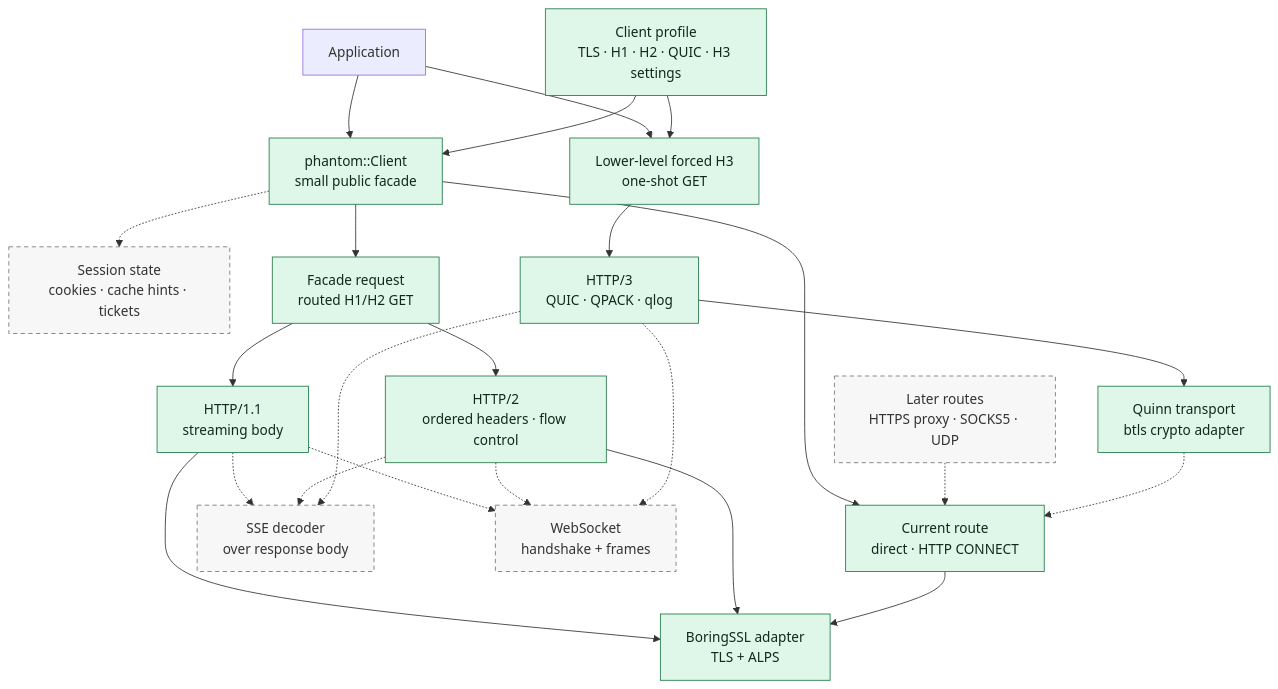
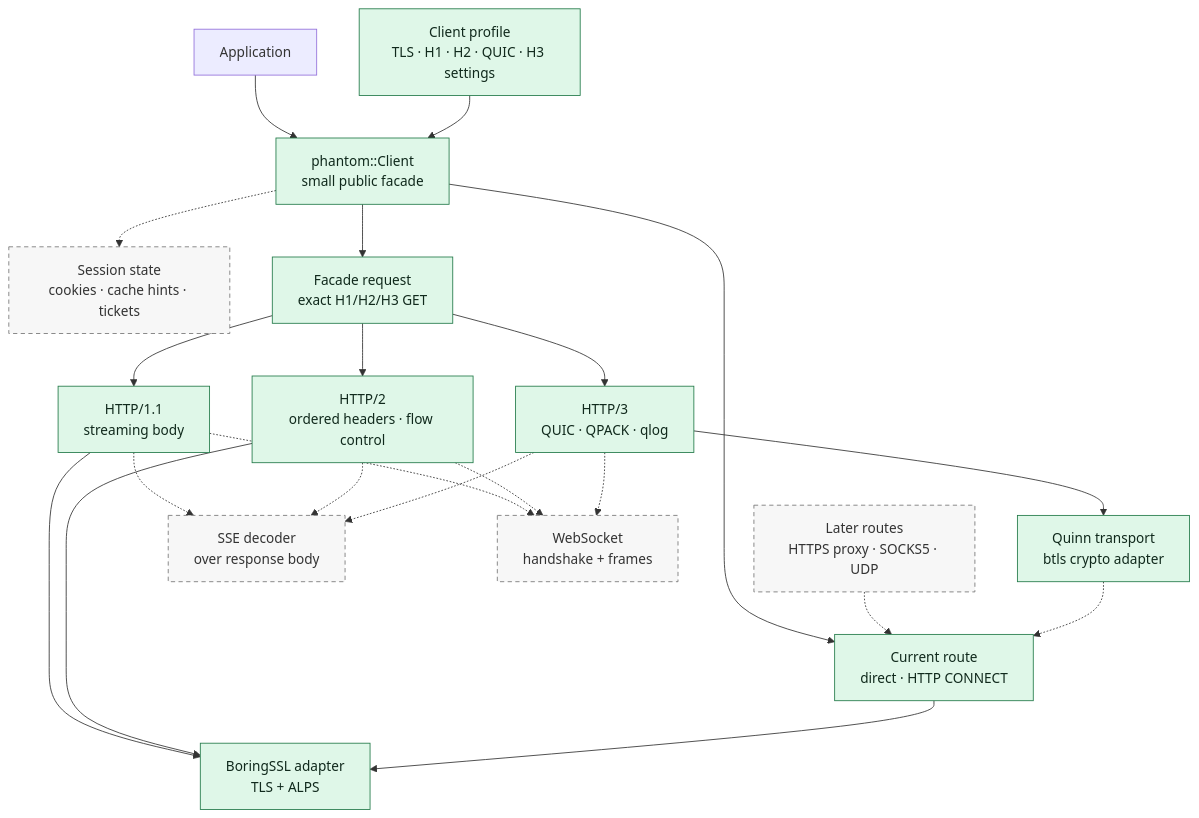
One commit to bywayhq/phantom changed the first of 4 diagrams in docs/architecture.md. Above: the diagram before and after it, drawn with Mermaid. The commit also changed other lines of this file and 29 other files, not shown here.

Commit message:
feat(client): expose exact HTTP/3 facade

````diff
--- a/docs/architecture.md
+++ b/docs/architecture.md
@@ -22,47 +22,44 @@
 ```mermaid
 flowchart TB
     User[Application]
     Client["phantom::Client<br/>small public facade"]
     Session["Session state<br/>cookies · cache hints · tickets"]
     Profile["Client profile<br/>TLS · H1 · H2 · QUIC · H3 settings"]
     Route["Current route<br/>direct · HTTP CONNECT"]
     FutureRoute["Later routes<br/>HTTPS proxy · SOCKS5 · UDP"]
-    FacadeRequest["Facade request<br/>routed H1/H2 GET"]
-    DirectH3["Lower-level forced H3<br/>one-shot GET"]
+    FacadeRequest["Facade request<br/>exact H1/H2/H3 GET"]
 
     H1["HTTP/1.1<br/>streaming body"]
     H2["HTTP/2<br/>ordered headers · flow control"]
     H3["HTTP/3<br/>QUIC · QPACK · qlog"]
     TLS["BoringSSL adapter<br/>TLS + ALPS"]
     QUIC["Quinn transport<br/>btls crypto adapter"]
     SSE["SSE decoder<br/>over response body"]
     WS["WebSocket<br/>handshake + frames"]
 
     User --> Client
-    User --> DirectH3
     Profile --> Client
-    Profile --> DirectH3
     FacadeRequest --> H1
     FacadeRequest --> H2
+    FacadeRequest --> H3
     Client -.-> Session
     Client --> Route
     FutureRoute -.-> Route
     Client --> FacadeRequest
-    DirectH3 --> H3
     H1 --> TLS
     H2 --> TLS
     H3 --> QUIC
     Route --> TLS
     QUIC -.-> Route
     H1 -.-> SSE
     H2 -.-> SSE
     H3 -.-> SSE
     H1 -.-> WS
     H2 -.-> WS
     H3 -.-> WS
 
     classDef current fill:#dff7e8,stroke:#237a49,color:#10291c
     classDef planned fill:#f7f7f7,stroke:#777,stroke-dasharray:5 4,color:#333
-    class Client,Profile,Route,FacadeRequest,DirectH3,H1,H2,H3,TLS,QUIC current
+    class Client,Profile,Route,FacadeRequest,H1,H2,H3,TLS,QUIC current
     class Session,FutureRoute,SSE,WS planned
 ```
````
